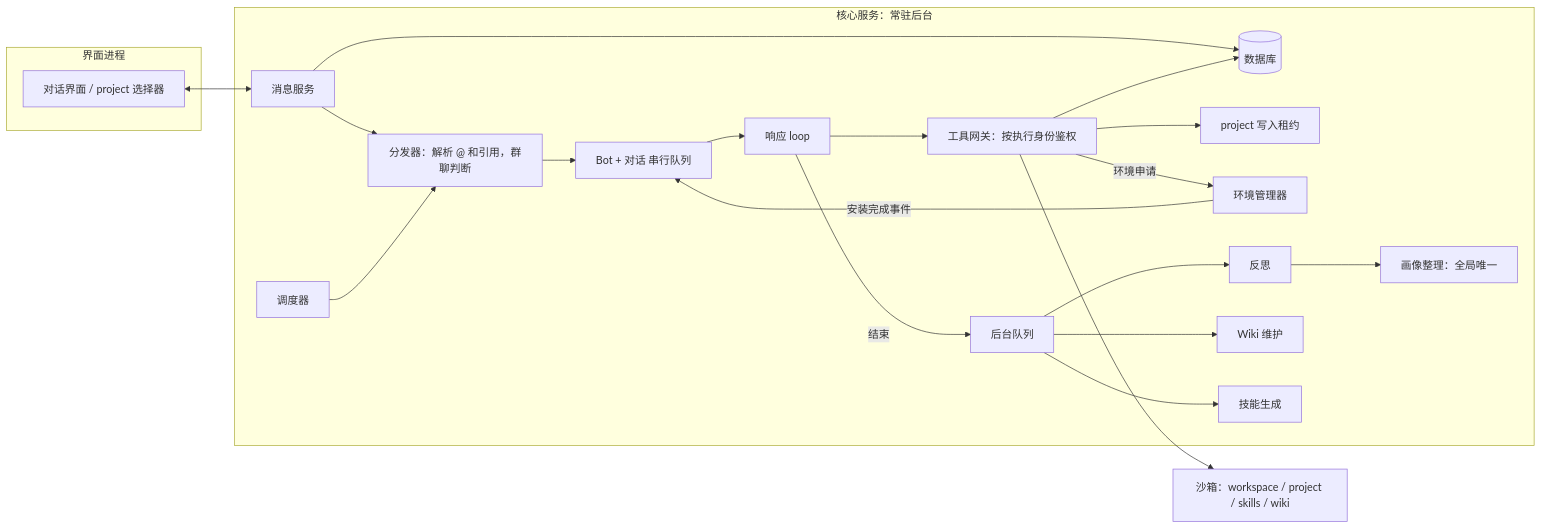
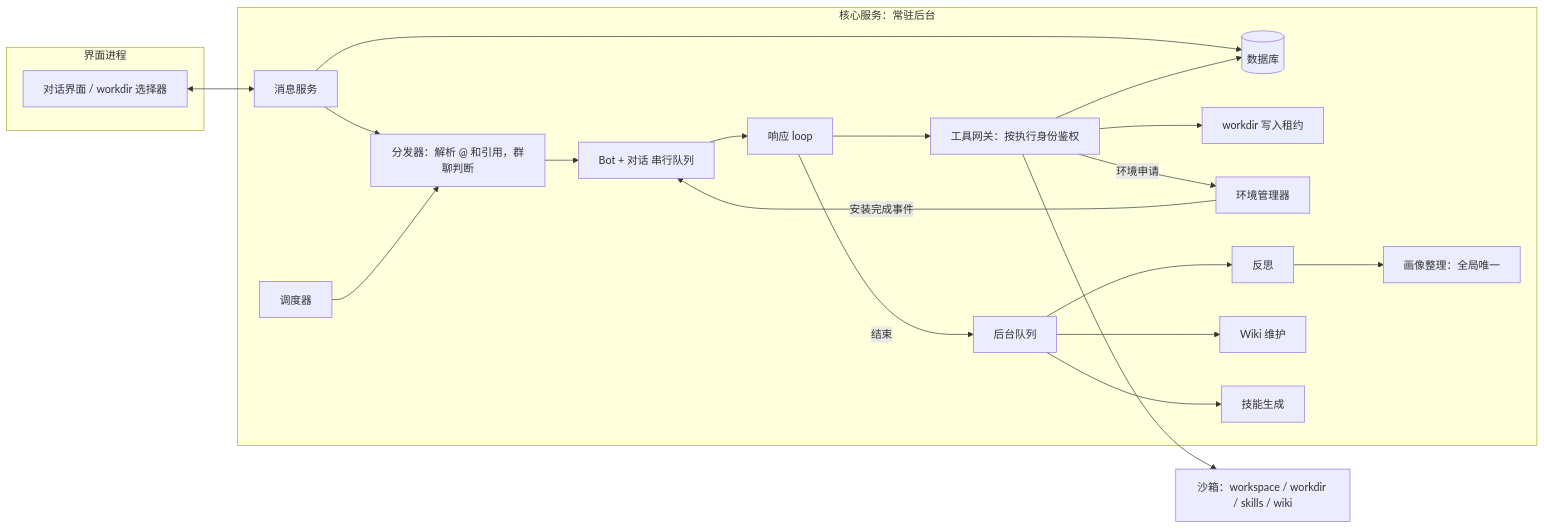
Before and after one commit to jooler/kepcup: the diagram in docs/design/06-isolation-and-storage.md, drawn with Mermaid. The commit also changed other lines of this file and 8 other files, not shown here.

````diff
--- a/docs/design/06-isolation-and-storage.md
+++ b/docs/design/06-isolation-and-storage.md
@@ -77,41 +77,41 @@
 ```mermaid
 flowchart LR
   subgraph UIP[界面进程]
-    UI[对话界面 / project 选择器]
+    UI[对话界面 / workdir 选择器]
   end
   subgraph CORE[核心服务：常驻后台]
     MSG[消息服务]
     DB[(数据库)]
     DISP[分发器：解析 @ 和引用，群聊判断]
     SCHED[调度器]
     MB[Bot + 对话 串行队列]
     RL[响应 loop]
     GW[工具网关：按执行身份鉴权]
-    LEASE[project 写入租约]
+    LEASE[workdir 写入租约]
     ENV[环境管理器]
     BG[后台队列]
     REF[反思]
     WK[Wiki 维护]
     SK[技能生成]
     CUR[画像整理：全局唯一]
   end
-  SB[沙箱：workspace / project / skills / wiki]
+  SB[沙箱：workspace / workdir / skills / wiki]
 
   UI <--> MSG
   MSG --> DB
   MSG --> DISP
   SCHED --> DISP
   DISP --> MB
   MB --> RL
   RL --> GW
   GW --> LEASE
   GW --> SB
   GW --> DB
   GW -->|环境申请| ENV
   ENV -->|安装完成事件| MB
   RL -->|结束| BG
   BG --> REF
   BG --> WK
   BG --> SK
   REF --> CUR
 ```
````
